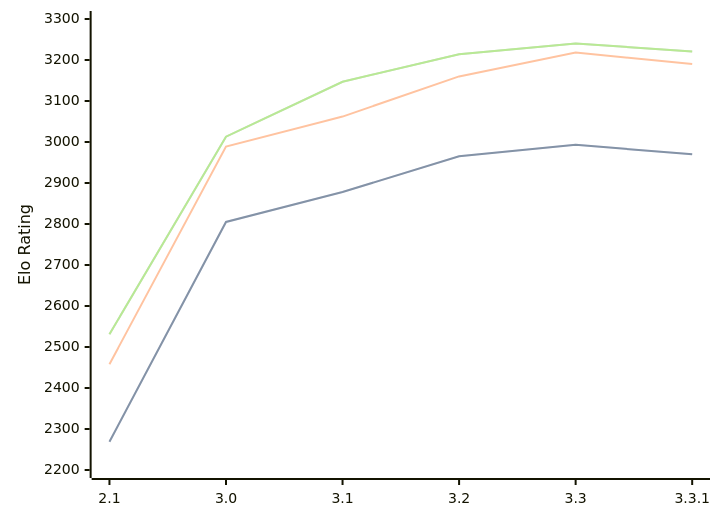
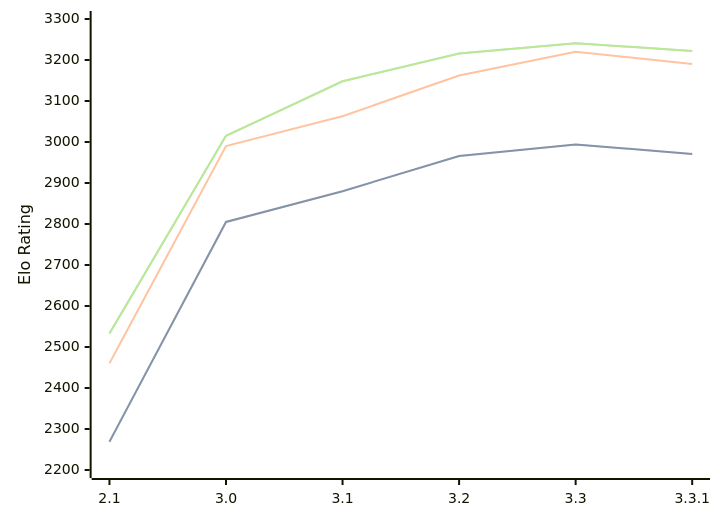
One commit to computer-chess-index/cci changed the diagram in engines/Petrel.md. Above: the diagram before and after it, drawn with Mermaid. The commit also changed other lines of this file, not shown here.

Commit message:
Update CCI Ratings (ELO VLTC) - 2026-05-12

````diff
--- a/engines/Petrel.md
+++ b/engines/Petrel.md
@@ -45,11 +45,11 @@
 ```mermaid
 %%{init: {"theme":"base","themeVariables":{"seriesColors:['#a3a3a3','#222221','#faa371']}}}%%
 xychart-beta
   x-axis ["2.1", "3.0", "3.1", "3.2", "3.3", "3.3.1"]
   y-axis "Elo Rating" 2200 --> 3300
-  line "STC (8.0+0.08s)" [2269, 2805, 2878, 2965, 2993, 2970]
-  line "STC (8.0+0.08s)" [2269, 2805, 2878, 2965, 2993, 2970]
-  line "LTC (60.0+0.60s)" [2458, 2989, 3062, 3160, 3218, 3190]
-  line "VLTC (2m24s+1.12s)" [2531, 3013, 3147, 3214, 3240, 3221]
-  line "VLTC (2m24s+1.12s)" [2531, 3013, 3147, 3214, 3240, 3221]
+  line "STC (8.0+0.08s)" [2269, 2805, 2880, 2966, 2994, 2971]
+  line "STC (8.0+0.08s)" [2269, 2805, 2880, 2966, 2994, 2971]
+  line "LTC (60.0+0.60s)" [2460, 2990, 3063, 3162, 3220, 3190]
+  line "VLTC (2m24s+1.12s)" [2533, 3015, 3148, 3216, 3241, 3222]
+  line "VLTC (2m24s+1.12s)" [2533, 3015, 3148, 3216, 3241, 3222]
 ```
````
